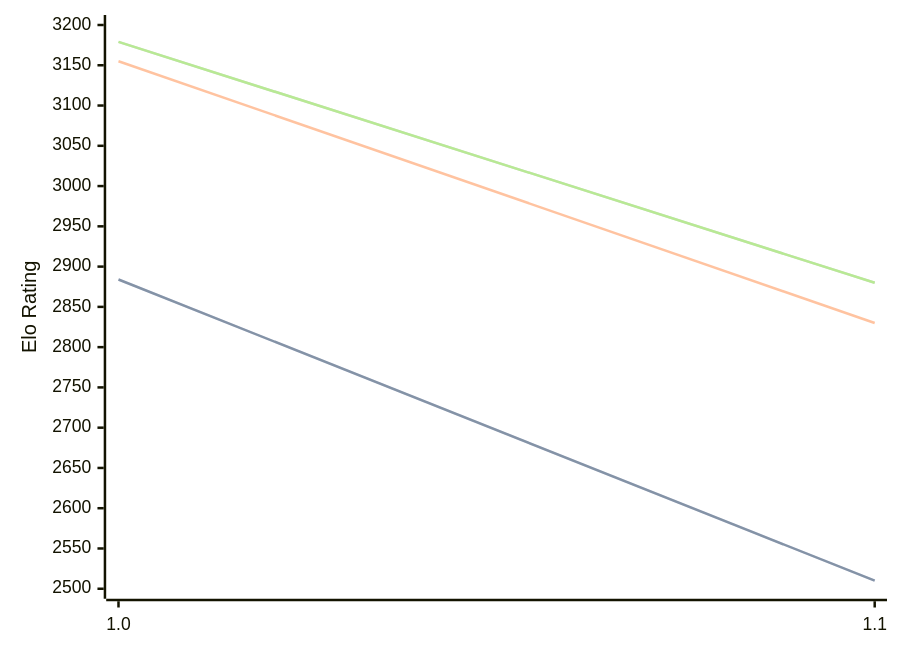
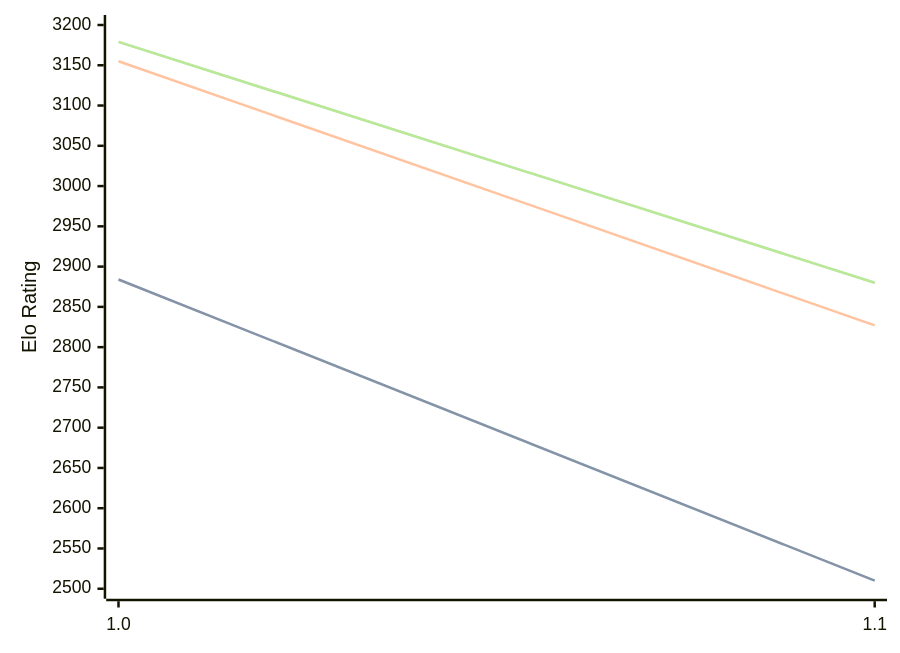
Before and after one commit to computer-chess-index/cci: the diagram in engines/Publius.md, drawn with Mermaid. The commit also changed other lines of this file, not shown here.

````diff
--- a/engines/Publius.md
+++ b/engines/Publius.md
@@ -30,11 +30,11 @@
 ```mermaid
 %%{init: {"theme":"base","themeVariables":{"seriesColors:['#a3a3a3','#222221','#faa371']}}}%%
 xychart-beta
   x-axis ["1.0", "1.1"]
   y-axis "Elo Rating" 2500 --> 3200
   line "STC (8.0+0.08s)" [2884, 2510]
   line "STC (8.0+0.08s)" [2884, 2510]
-  line "LTC (60.0+0.60s)" [3155, 2830]
+  line "LTC (60.0+0.60s)" [3155, 2827]
   line "VLTC (2m24s+1.12s)" [3179, 2880]
   line "VLTC (2m24s+1.12s)" [3179, 2880]
 ```
````
